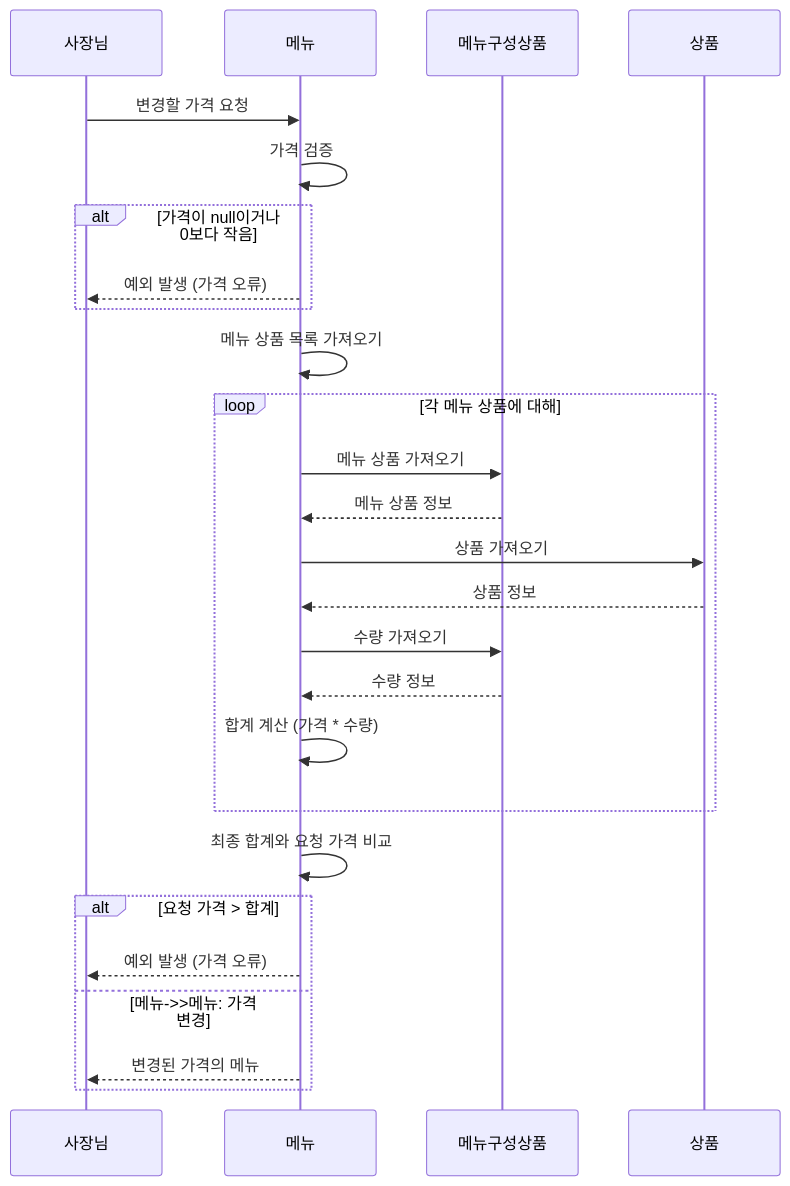
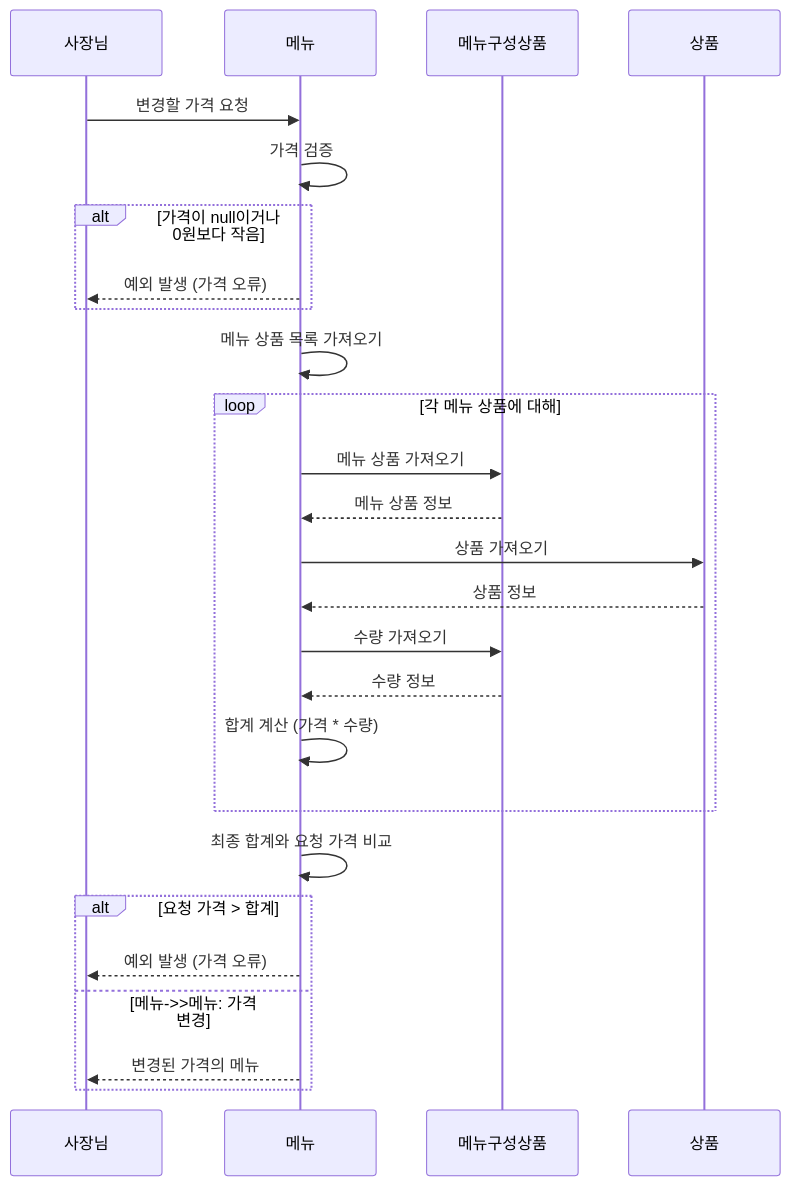
One commit to mj950425/ddd-strategic-design changed the second of 7 diagrams in README.md. Above: the diagram before and after it, drawn with Mermaid. The commit also changed other lines of this file, not shown here.

````diff
--- a/README.md
+++ b/README.md
@@ -336,28 +337,28 @@
 ```mermaid  
 sequenceDiagram
     participant 사장님
     participant 메뉴
     participant 메뉴구성상품
     participant 상품
     사장님 ->> 메뉴: 변경할 가격 요청
     메뉴 ->> 메뉴: 가격 검증
-    alt 가격이 null이거나 0보다 작음
+    alt 가격이 null이거나 0원보다 작음
         메뉴 -->> 사장님: 예외 발생 (가격 오류)
     end
     메뉴 ->> 메뉴: 메뉴 상품 목록 가져오기
     loop 각 메뉴 상품에 대해
         메뉴 ->> 메뉴구성상품: 메뉴 상품 가져오기
         메뉴구성상품 -->> 메뉴: 메뉴 상품 정보
         메뉴 ->> 상품: 상품 가져오기
         상품 -->> 메뉴: 상품 정보
         메뉴 ->> 메뉴구성상품: 수량 가져오기
         메뉴구성상품 -->> 메뉴: 수량 정보
         메뉴 ->> 메뉴: 합계 계산 (가격 * 수량)
     end
     메뉴 ->> 메뉴: 최종 합계와 요청 가격 비교
     alt 요청 가격 > 합계
         메뉴 -->> 사장님: 예외 발생 (가격 오류)
     else 메뉴->>메뉴: 가격 변경
         메뉴 -->> 사장님: 변경된 가격의 메뉴
     end  
 ```  
````
